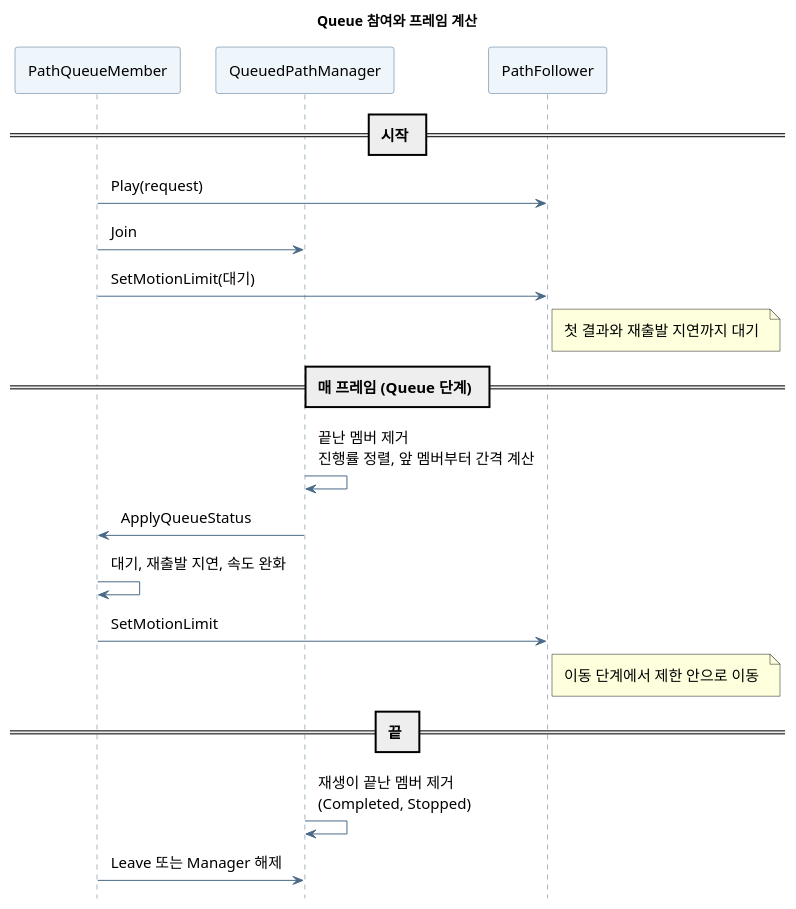
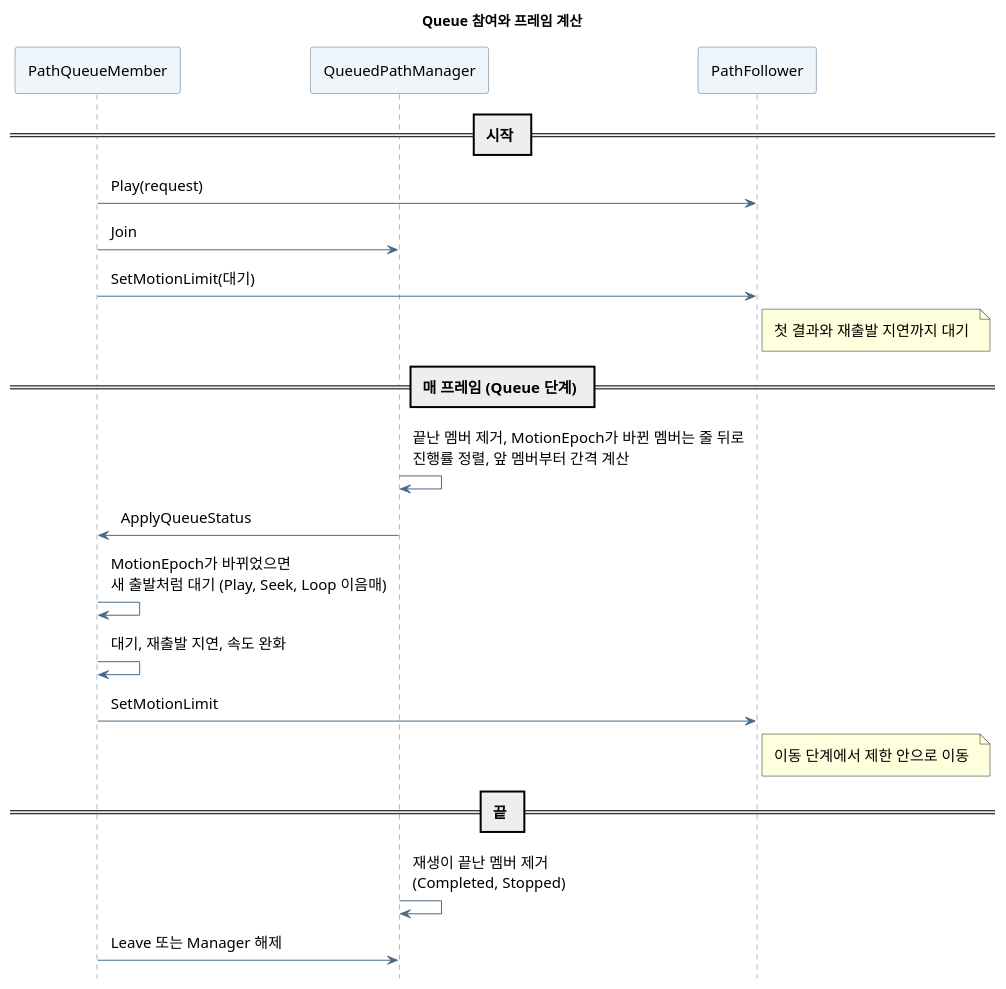
Before and after one commit to youwonsock/tool-unity-editor: the diagram in ToyProject/Assets/_TransformPath/Docs/transformpath-queue.puml, drawn with PlantUML. The commit also changed 6 other files, not shown here.

```diff
--- a/ToyProject/Assets/_TransformPath/Docs/transformpath-queue.puml
+++ b/ToyProject/Assets/_TransformPath/Docs/transformpath-queue.puml
@@ -1,33 +1,34 @@
 @startuml transformpath-queue
 skinparam shadowing false
 skinparam defaultFontName "Apple SD Gothic Neo"
 skinparam defaultFontSize 15
 skinparam ArrowColor #496A88
 skinparam Padding 6
 skinparam sequenceParticipantBackgroundColor #EEF5FB
 skinparam sequenceParticipantBorderColor #496A88
 skinparam sequenceLifeLineBorderColor #496A88
 hide footbox
 title Queue 참여와 프레임 계산
 
 participant PathQueueMember as Member
 participant QueuedPathManager as Manager
 participant PathFollower as Follower
 
 == 시작 ==
 Member -> Follower : Play(request)
 Member -> Manager : Join
 Member -> Follower : SetMotionLimit(대기)
 note right of Follower : 첫 결과와 재출발 지연까지 대기
 
 == 매 프레임 (Queue 단계) ==
-Manager -> Manager : 끝난 멤버 제거\n진행률 정렬, 앞 멤버부터 간격 계산
+Manager -> Manager : 끝난 멤버 제거, MotionEpoch가 바뀐 멤버는 줄 뒤로\n진행률 정렬, 앞 멤버부터 간격 계산
 Manager -> Member : ApplyQueueStatus
+Member -> Member : MotionEpoch가 바뀌었으면\n새 출발처럼 대기 (Play, Seek, Loop 이음매)
 Member -> Member : 대기, 재출발 지연, 속도 완화
 Member -> Follower : SetMotionLimit
 note right of Follower : 이동 단계에서 제한 안으로 이동
 
 == 끝 ==
 Manager -> Manager : 재생이 끝난 멤버 제거\n(Completed, Stopped)
 Member -> Manager : Leave 또는 Manager 해제
 @enduml
```
